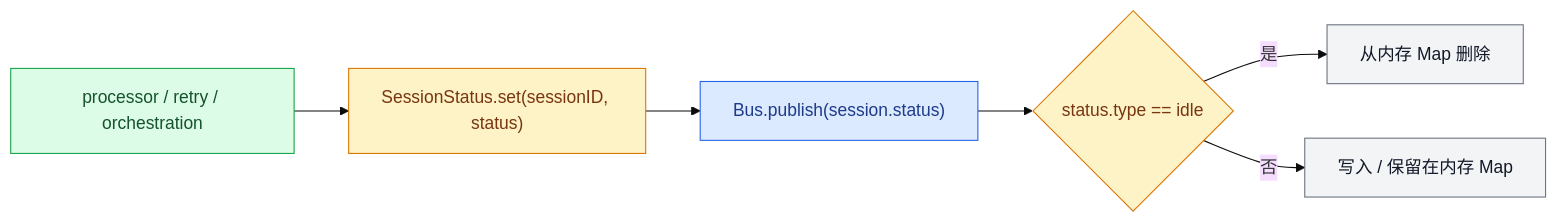
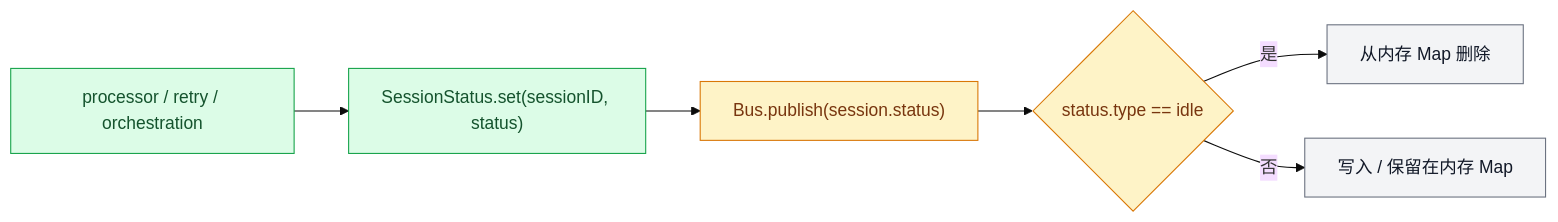
Before and after one commit to feuyeux/agent-study: diagram 11 of 22 in opencode_kickoff/A07-durable-state.md, drawn with Mermaid (base theme). The commit also changed other lines of this file, not shown here.

Commit message:
docs(opencode_kickoff): unify A07 diagram colors

````diff
--- a/opencode_kickoff/A07-durable-state.md
+++ b/opencode_kickoff/A07-durable-state.md
@@ -495,23 +491,22 @@
 ```mermaid
 flowchart LR
     Source["processor / retry / orchestration"]
     Set["SessionStatus.set(sessionID, status)"]
     Publish["Bus.publish(session.status)"]
     Idle{"status.type == idle"}
     Delete["从内存 Map 删除"]
     Keep["写入 / 保留在内存 Map"]
 
     Source --> Set --> Publish --> Idle
     Idle -- 是 --> Delete
     Idle -- 否 --> Keep
 
     classDef producer fill:#DCFCE7,stroke:#16A34A,color:#14532D;
     classDef consumer fill:#DBEAFE,stroke:#2563EB,color:#1E3A8A;
     classDef bridge fill:#FEF3C7,stroke:#D97706,color:#78350F;
     classDef storage fill:#F3F4F6,stroke:#6B7280,color:#111827;
 
-    class Source producer;
-    class Publish consumer;
-    class Set,Idle bridge;
+    class Source,Set producer;
+    class Publish,Idle bridge;
     class Delete,Keep storage;
 ```
````
